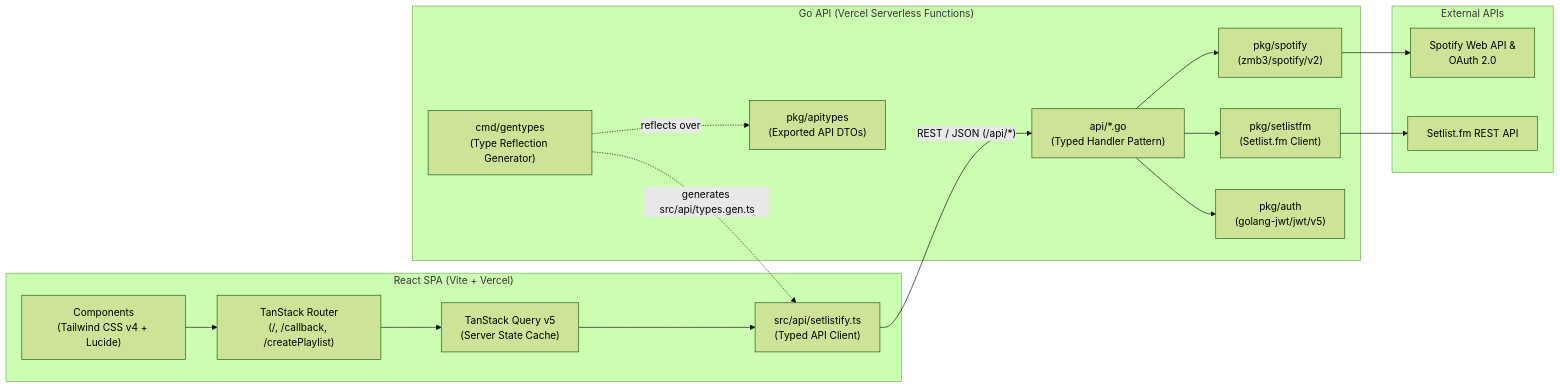
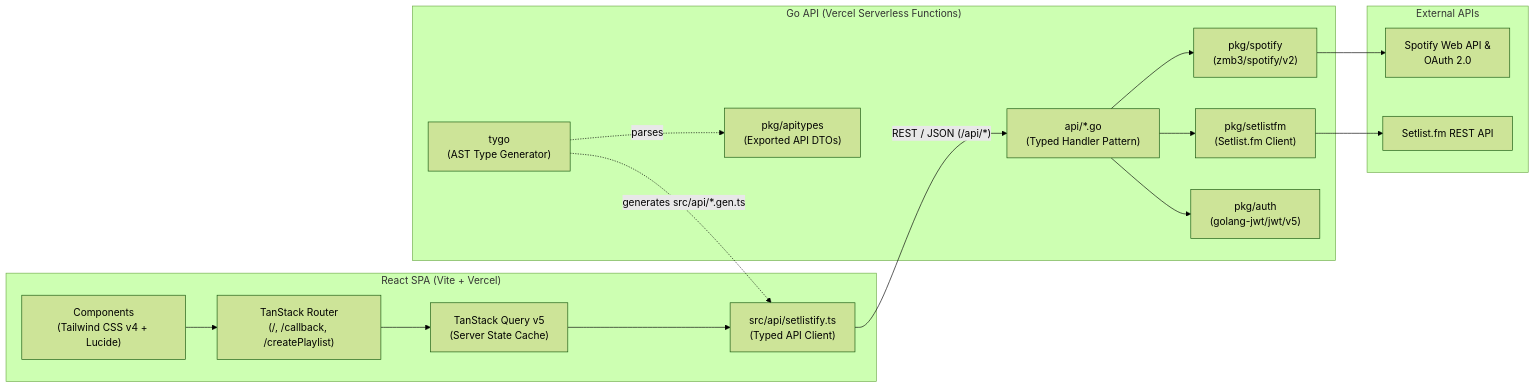
Before and after one commit to alexcaulfield/setlistify: the diagram in ARCHITECTURE.md, drawn with Mermaid (forest theme). The commit also changed other lines of this file and 12 other files, not shown here.

Commit message:
refactor: replace custom cmd/gentypes with tygo

````diff
--- a/ARCHITECTURE.md
+++ b/ARCHITECTURE.md
@@ -7,35 +7,35 @@
 ```mermaid
 flowchart LR
     subgraph Client["React SPA (Vite + Vercel)"]
         UI["Components\n(Tailwind CSS v4 + Lucide)"]
         Router["TanStack Router\n(/, /callback, /createPlaylist)"]
         Query["TanStack Query v5\n(Server State Cache)"]
         ApiClient["src/api/setlistify.ts\n(Typed API Client)"]
     end
 
     subgraph Backend["Go API (Vercel Serverless Functions)"]
         API["api/*.go\n(Typed Handler Pattern)"]
-        GenTypes["cmd/gentypes\n(Type Reflection Generator)"]
+        GenTypes["tygo\n(AST Type Generator)"]
         ApiTypes["pkg/apitypes\n(Exported API DTOs)"]
         SpotifyPkg["pkg/spotify\n(zmb3/spotify/v2)"]
         SetlistPkg["pkg/setlistfm\n(Setlist.fm Client)"]
         AuthPkg["pkg/auth\n(golang-jwt/jwt/v5)"]
     end
 
     subgraph External["External APIs"]
         SpotifyAPI["Spotify Web API &\nOAuth 2.0"]
         SetlistAPI["Setlist.fm REST API"]
     end
 
     UI --> Router
     Router --> Query
     Query --> ApiClient
-    GenTypes -. "generates src/api/types.gen.ts" .-> ApiClient
-    GenTypes -. "reflects over" .-> ApiTypes
+    GenTypes -. "generates src/api/*.gen.ts" .-> ApiClient
+    GenTypes -. "parses" .-> ApiTypes
     ApiClient -- "REST / JSON (/api/*)" --> API
     API --> SpotifyPkg
     API --> SetlistPkg
     API --> AuthPkg
     SpotifyPkg --> SpotifyAPI
     SetlistPkg --> SetlistAPI
 ```
````
